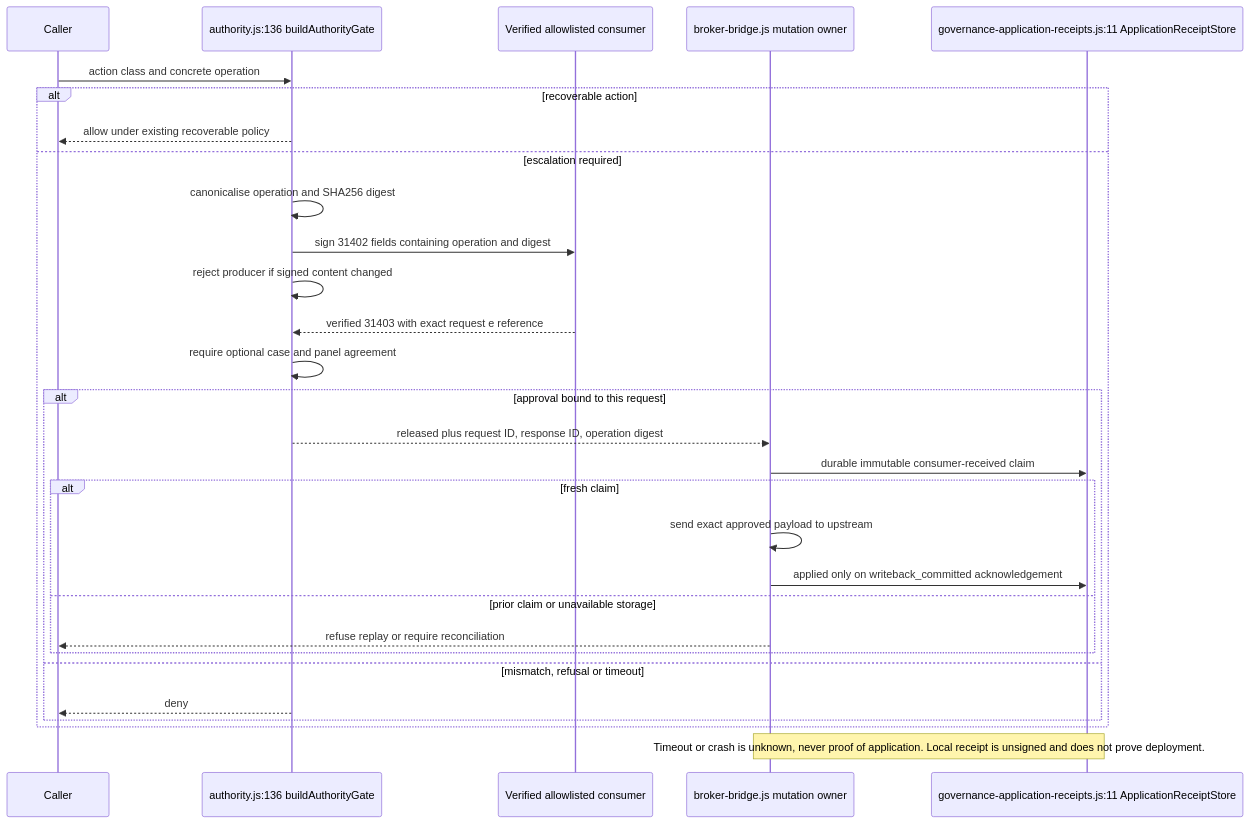
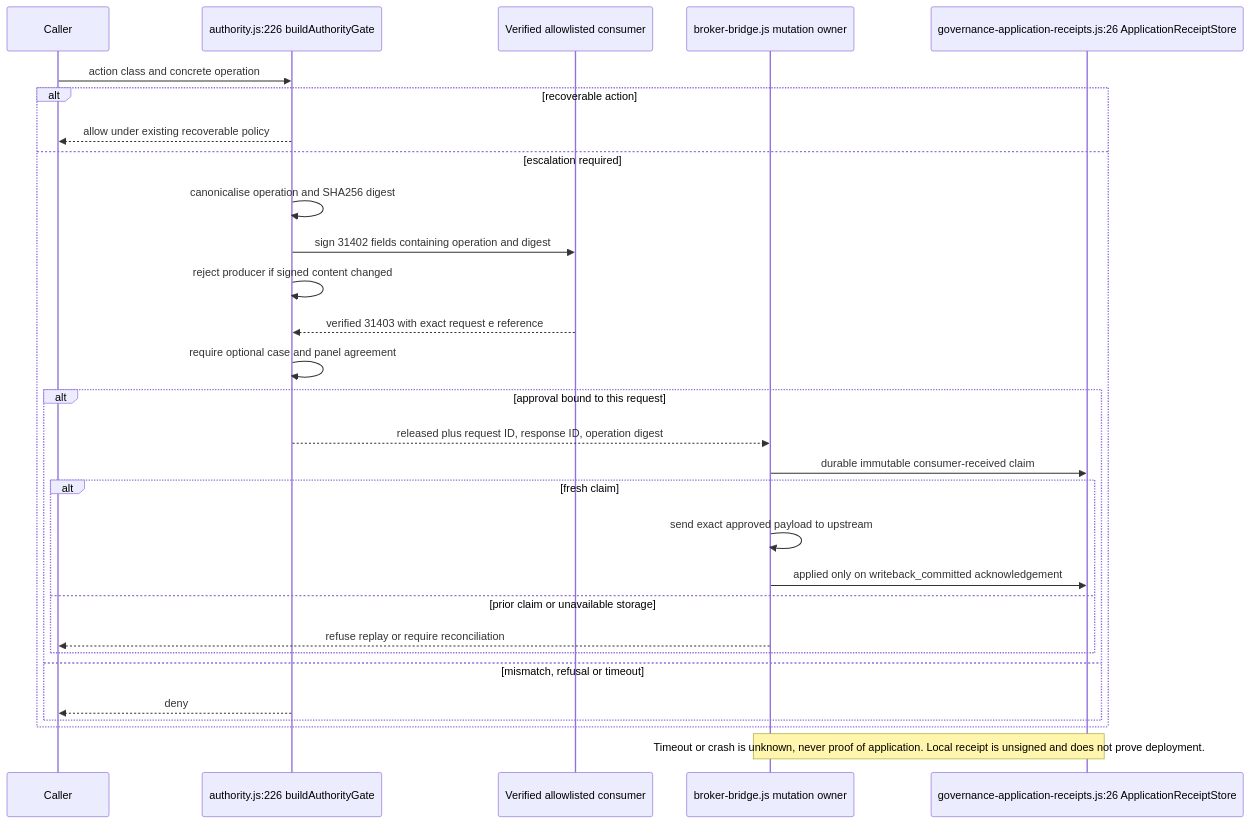
The third of 13 diagrams in docs/diagrams/estate/05-governance-loop-across-estate.md (DreamLab-AI/VisionFlow), drawn with Mermaid before and after one commit. The commit also changed other lines of this file and 12 other files, not shown here.

````diff
--- a/docs/diagrams/estate/05-governance-loop-across-estate.md
+++ b/docs/diagrams/estate/05-governance-loop-across-estate.md
@@ -76,31 +85,31 @@
 ```mermaid
 sequenceDiagram
     participant Caller
-    participant Gate as authority.js:136 buildAuthorityGate
+    participant Gate as authority.js:226 buildAuthorityGate
     participant Forum as Verified allowlisted consumer
     participant Owner as broker-bridge.js mutation owner
-    participant Journal as governance-application-receipts.js:11 ApplicationReceiptStore
+    participant Journal as governance-application-receipts.js:26 ApplicationReceiptStore
     Caller->>Gate: action class and concrete operation
     alt recoverable action
         Gate-->>Caller: allow under existing recoverable policy
     else escalation required
         Gate->>Gate: canonicalise operation and SHA256 digest
         Gate->>Forum: sign 31402 fields containing operation and digest
         Gate->>Gate: reject producer if signed content changed
         Forum-->>Gate: verified 31403 with exact request e reference
         Gate->>Gate: require optional case and panel agreement
         alt approval bound to this request
             Gate-->>Owner: released plus request ID, response ID, operation digest
             Owner->>Journal: durable immutable consumer-received claim
             alt fresh claim
                 Owner->>Owner: send exact approved payload to upstream
                 Owner->>Journal: applied only on writeback_committed acknowledgement
             else prior claim or unavailable storage
                 Owner-->>Caller: refuse replay or require reconciliation
             end
         else mismatch, refusal or timeout
             Gate-->>Caller: deny
         end
     end
     Note over Owner,Journal: Timeout or crash is unknown, never proof of application. Local receipt is unsigned and does not prove deployment.
 ```
````
